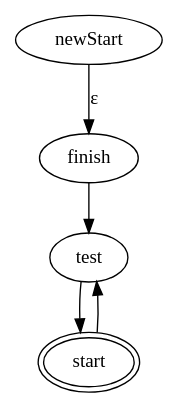
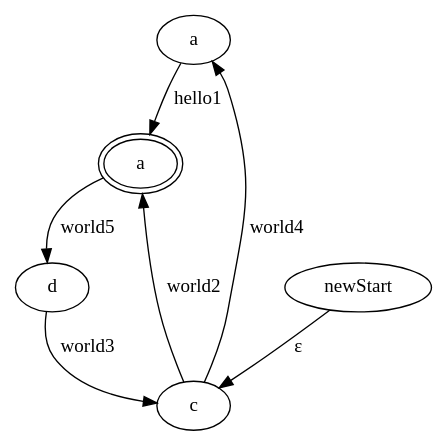
The diagram in output.dot (Antonio-Melo/COMP-Autoanalyze), drawn with Graphviz before and after one commit. The commit also changed 9 other files, not shown here.

```diff
--- a/output.dot
+++ b/output.dot
@@ -1,7 +1,10 @@
 digraph OUT {
-test -> start;
-start [peripheries=2];
-start -> test;
-finish -> test;
-newStart -> finish [label=ε];
+b -> a [label=hello1];
+c -> a [label=world2];
+a [peripheries=2];
+c -> b [label=world4];
+b [label=a];
+d -> c [label=world3];
+a -> d [label=world5];
+newStart -> c [label=ε];
 }
```
